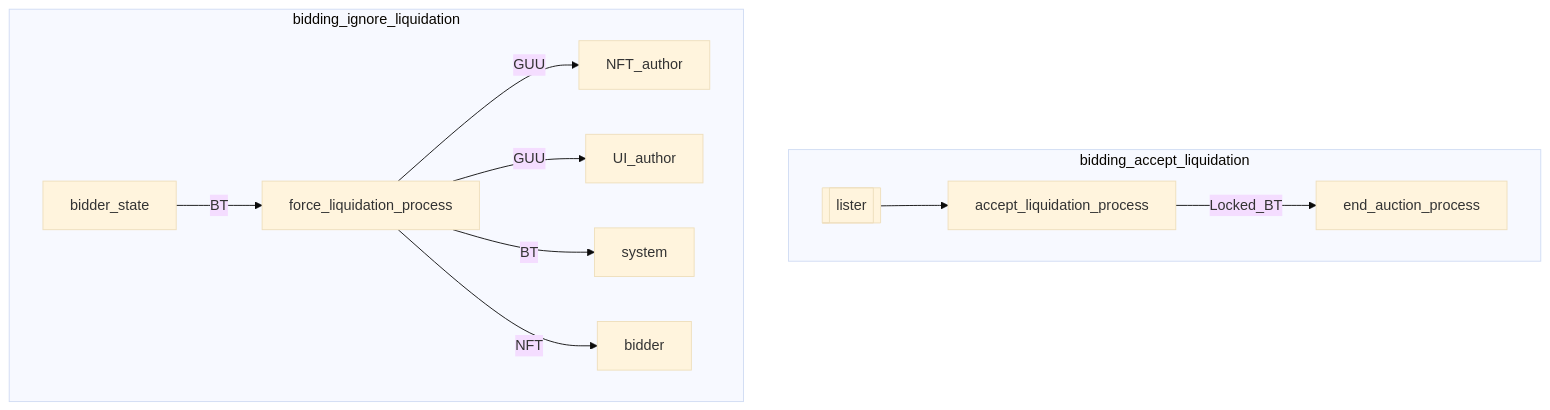
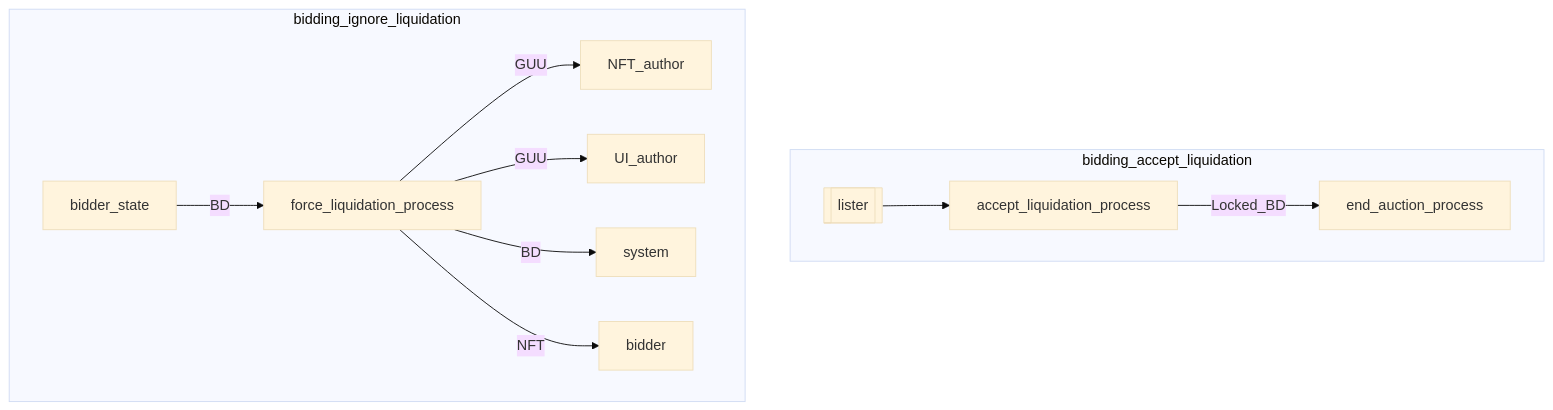
The fifth of 7 diagrams in x/nftmarket/spec/03_auction_state.md (UnUniFi/chain), drawn with Mermaid (base theme) before and after one commit. The commit also changed other lines of this file and 3 other files, not shown here.

````diff
--- a/x/nftmarket/spec/03_auction_state.md
+++ b/x/nftmarket/spec/03_auction_state.md
@@ -132,17 +132,17 @@
 ```mermaid
 flowchart TD
 subgraph bidding_accept_liquidation
 	lister3[[lister]]
 
 	lister3 --> accept_liquidation_process
-	accept_liquidation_process--Locked_BT--> end_auction_process
+	accept_liquidation_process--Locked_BD--> end_auction_process
 end
 
 subgraph bidding_ignore_liquidation
-	bidder_state--BT--> force_liquidation_process 
+	bidder_state--BD--> force_liquidation_process 
 	force_liquidation_process --GUU--> NFT_author
 	force_liquidation_process --GUU--> UI_author
-	force_liquidation_process --BT--> system
+	force_liquidation_process --BD--> system
 	force_liquidation_process --NFT--> bidder
 end
 ```
````
